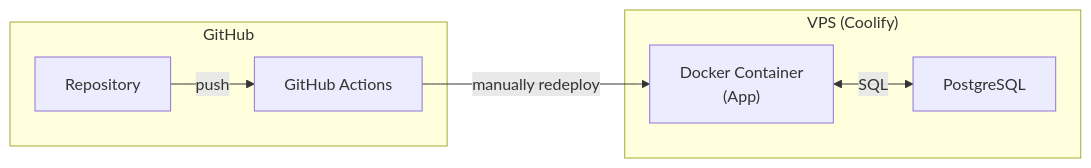
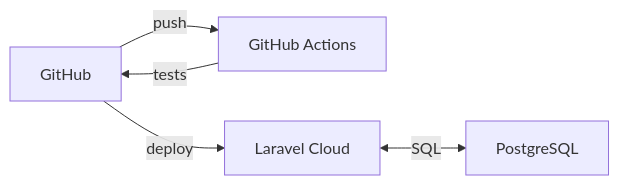
One commit to Xefreh/mine-adventure changed the diagram in report/07-ccp2-backend/04-deploiement.md. Above: the diagram before and after it, drawn with Mermaid. The commit also changed other lines of this file and 46 other files, not shown here.

Commit message:
feat: add diagrams and styles for project documentation and report generation

````diff
--- a/report/07-ccp2-backend/04-deploiement.md
+++ b/report/07-ccp2-backend/04-deploiement.md
@@ -11,16 +7,7 @@
 ```mermaid
 flowchart LR
-    subgraph GitHub
-        GR["Repository"]
-        GA["GitHub Actions"]
-    end
-
-    subgraph VPS["VPS (Coolify)"]
-        DC["Docker Container<br/>(App)"]
-        PG["PostgreSQL"]
-    end
-
-    GR -->|"push"| GA
-    GA -->|"manually redeploy"| DC
-    DC <-->|"SQL"| PG
+    GR["GitHub"] -->|"push"| GA["GitHub Actions"]
+    GA -->|"tests"| GR
+    GR -->|"deploy"| LC["Laravel Cloud"]
+    LC <-->|"SQL"| PG["PostgreSQL"]
 ```
````
